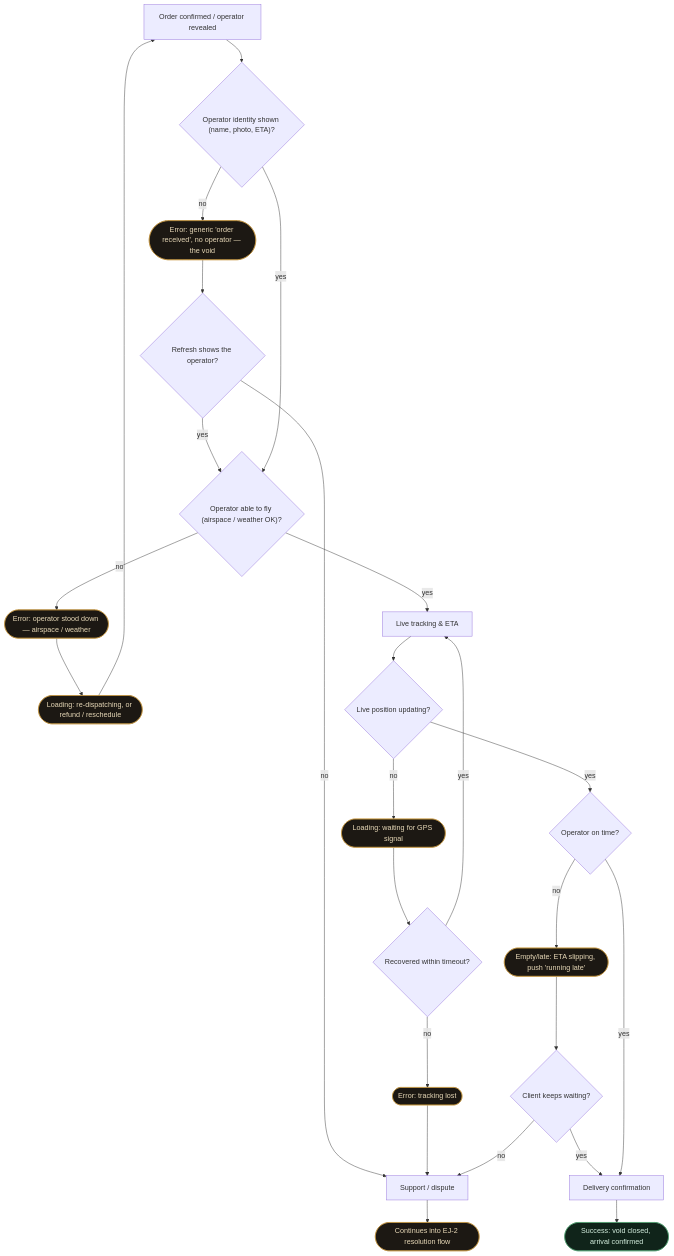
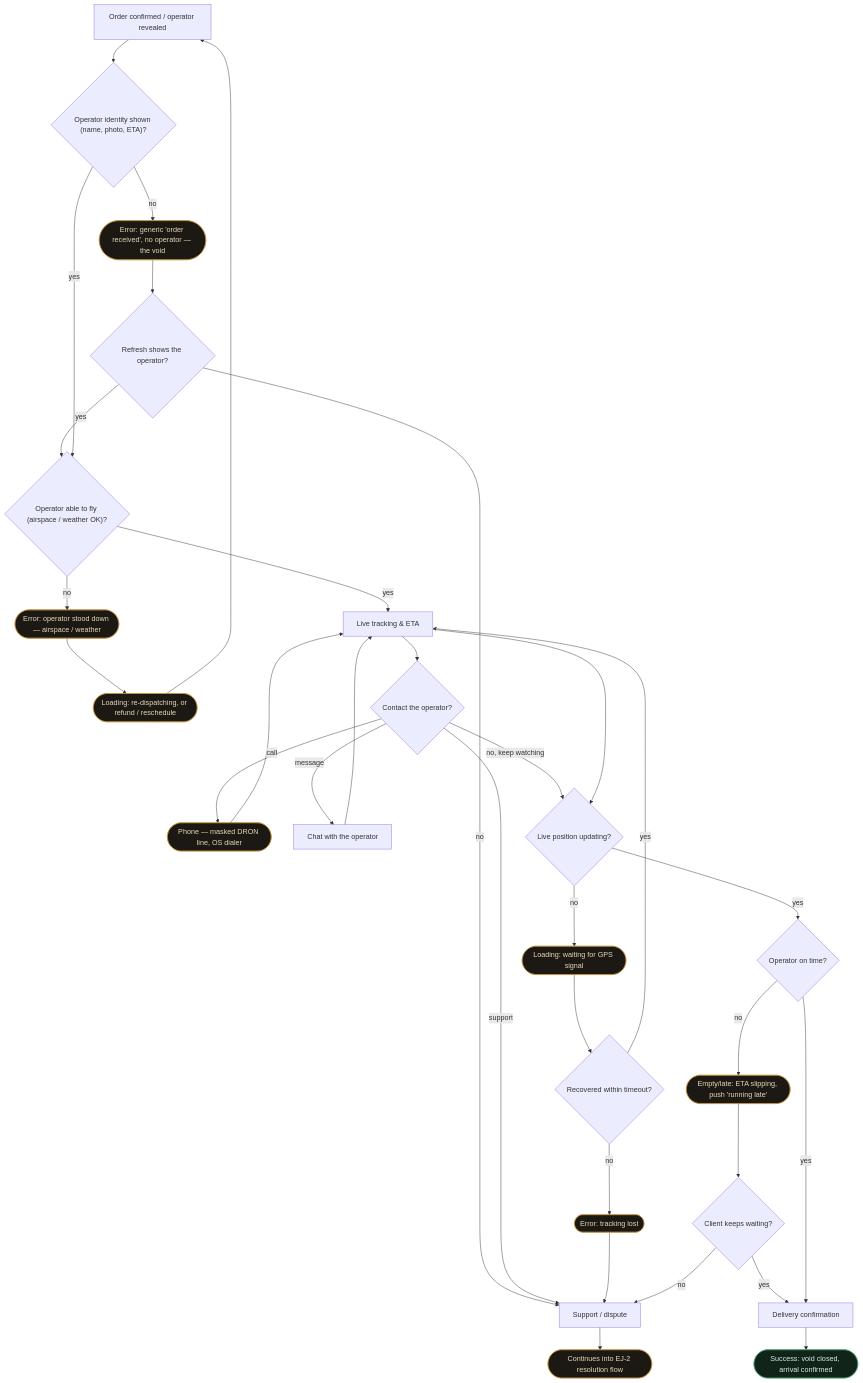
One commit to OlenkaBozhenko/DRON changed the fifth of 13 diagrams in flows.md. Above: the diagram before and after it, drawn with Mermaid. The commit also changed other lines of this file and 10 other files, not shown here.

````diff
--- a/flows.md
+++ b/flows.md
@@ -233,30 +233,37 @@
 ```mermaid
 flowchart TD
   P["Order confirmed / operator revealed"] --> D1{"Operator identity shown (name, photo, ETA)?"}
   D1 -->|no| E1(["Error: generic 'order received', no operator — the void"]):::state
   E1 --> D1b{"Refresh shows the operator?"}
   D1b -->|yes| D1c
   D1b -->|no| GH["Support / dispute"]
   D1 -->|yes| D1c{"Operator able to fly (airspace / weather OK)?"}
   D1c -->|no| AB(["Error: operator stood down — airspace / weather"]):::state
   AB --> RDx(["Loading: re-dispatching, or refund / reschedule"]):::state
   RDx --> P
   D1c -->|yes| T["Live tracking & ETA"]
+  T --> DC{"Contact the operator?"}
+  DC -->|call| CALL(["Phone — masked DRON line, OS dialer"]):::state
+  DC -->|message| CH["Chat with the operator"]
+  DC -->|support| GH
+  DC -->|no, keep watching| D2
+  CALL --> T
+  CH --> T
   T --> D2{"Live position updating?"}
   D2 -->|no| L1(["Loading: waiting for GPS signal"]):::state
   L1 --> D3{"Recovered within timeout?"}
   D3 -->|no| E2(["Error: tracking lost"]):::state
   E2 --> GH
   D3 -->|yes| T
   D2 -->|yes| D4{"Operator on time?"}
   D4 -->|no| E3(["Empty/late: ETA slipping, push 'running late'"]):::state
   E3 --> D5{"Client keeps waiting?"}
   D5 -->|no| GH
   D5 -->|yes| AR["Delivery confirmation"]
   D4 -->|yes| AR
   AR --> OK(["Success: void closed, arrival confirmed"]):::done
   GH --> X2(["Continues into EJ-2 resolution flow"]):::state
   classDef state fill:#1c1813,stroke:#c4943a,color:#e8d9b8;
   classDef dead fill:#241313,stroke:#e05252,color:#f0d6d6;
   classDef done fill:#10241a,stroke:#4a9e6b,color:#d6f0e0;
 ```
````
